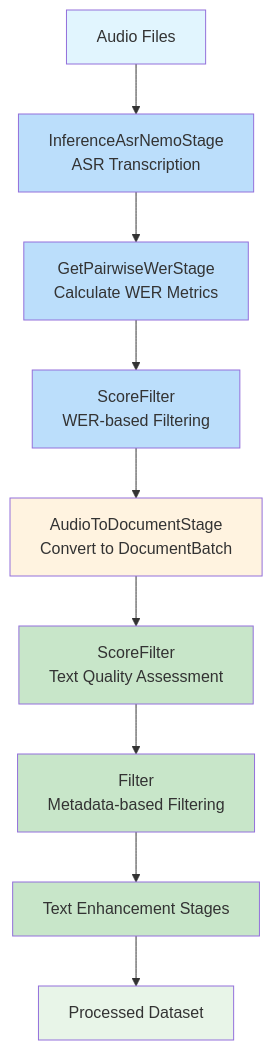
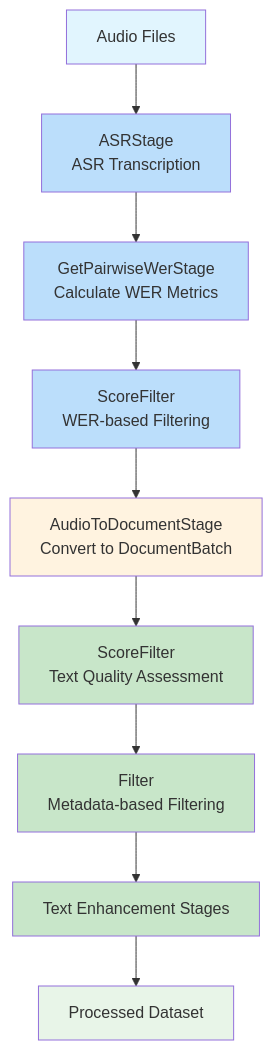
Before and after one commit to NVIDIA-NeMo/Curator: the third of 4 diagrams in fern/versions/main/pages/about/concepts/audio/text-integration.mdx, drawn with Mermaid. The commit also changed other lines of this file and 20 other files, not shown here.

````diff
--- a/fern/versions/main/pages/about/concepts/audio/text-integration.mdx
+++ b/fern/versions/main/pages/about/concepts/audio/text-integration.mdx
@@ -101,23 +101,23 @@
 ```mermaid
 flowchart TD
-    A[Audio Files] --> B[InferenceAsrNemoStage<br/>ASR Transcription]
+    A[Audio Files] --> B[ASRStage<br/>ASR Transcription]
     B --> C[GetPairwiseWerStage<br/>Calculate WER Metrics]
     C --> D[ScoreFilter<br/>WER-based Filtering]
     D --> E[AudioToDocumentStage<br/>Convert to DocumentBatch]
     E --> F[ScoreFilter<br/>Text Quality Assessment]
     F --> G[Filter<br/>Metadata-based Filtering]
     G --> H[Text Enhancement Stages]
     H --> I[Processed Dataset]
-    
+
     style A fill:#e1f5fe
     style E fill:#fff3e0
     style I fill:#e8f5e8
-    
+
     classDef audioStage fill:#bbdefb
     classDef conversionStage fill:#ffcc02
     classDef textStage fill:#c8e6c9
-    
+
     class B,C,D audioStage
     class E conversionStage
     class F,G,H textStage
 ```
````
